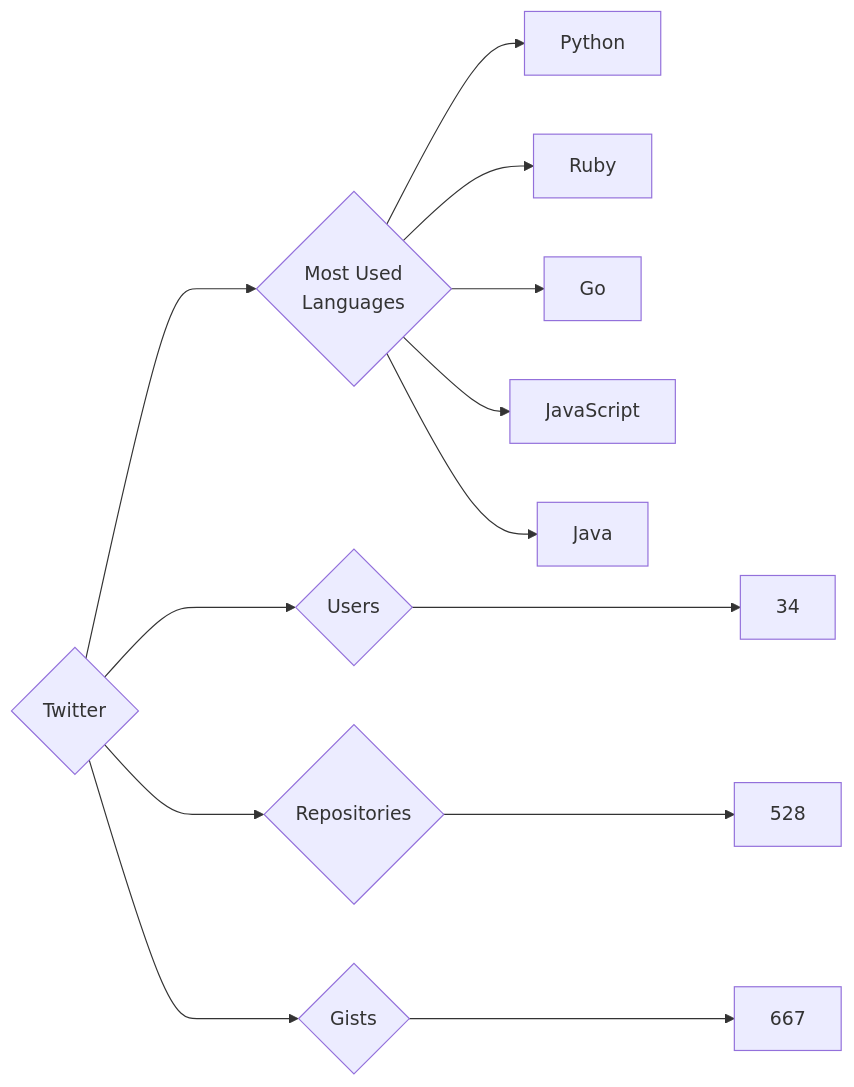
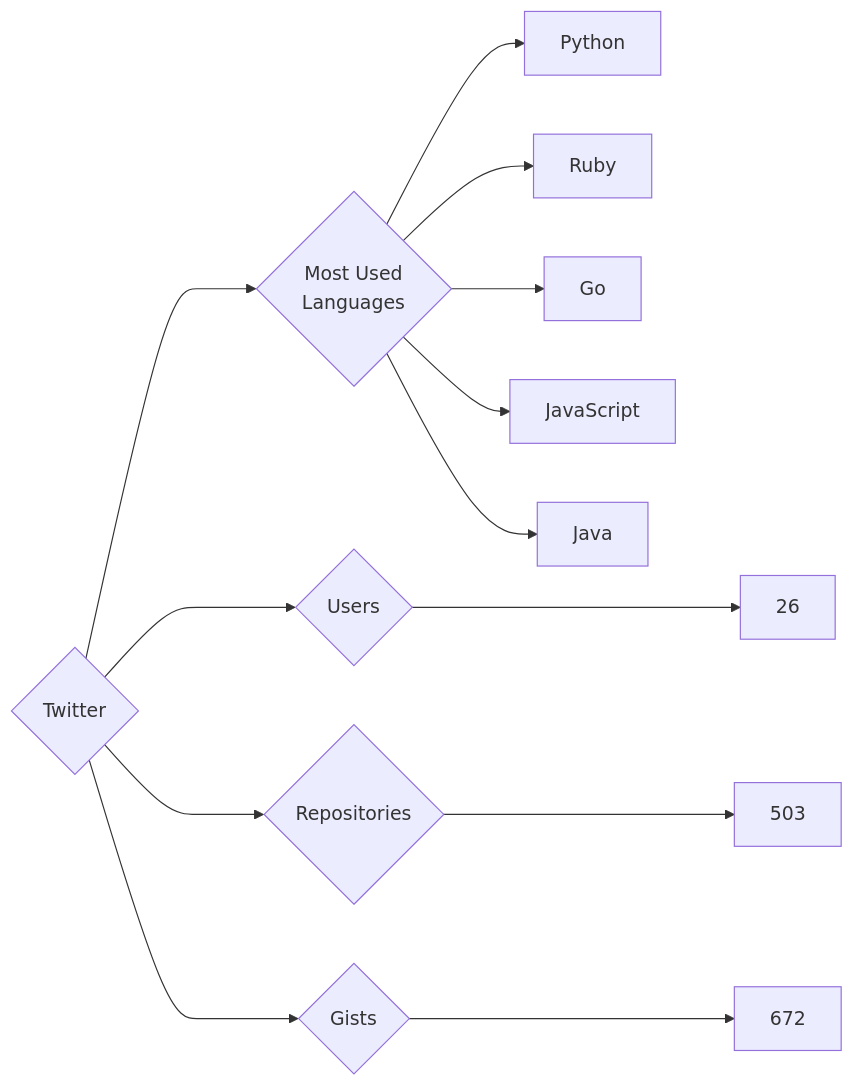
Before and after one commit to trickest/insiders: the diagram in targets/Twitter/README.md, drawn with Mermaid. The commit also changed 1484 other files, not shown here.

````diff
--- a/targets/Twitter/README.md
+++ b/targets/Twitter/README.md
@@ -3,13 +3,13 @@
 ```mermaid
 graph LR
 COMPANY_NAME{Twitter}
-COMPANY_NAME ---> U{Users} ---> UN[34]
-COMPANY_NAME ---> R{Repositories} ---> RN[528]
-COMPANY_NAME ---> G{Gists} ---> GN[667]
+COMPANY_NAME ---> U{Users} ---> UN[26]
+COMPANY_NAME ---> R{Repositories} ---> RN[503]
+COMPANY_NAME ---> G{Gists} ---> GN[672]
 COMPANY_NAME ---> ML{Most Used<br>Languages}
 ML --> Python[Python]
 ML --> Ruby[Ruby]
 ML --> Go[Go]
 ML --> JavaScript[JavaScript]
 ML --> Java[Java]
 ```
````
